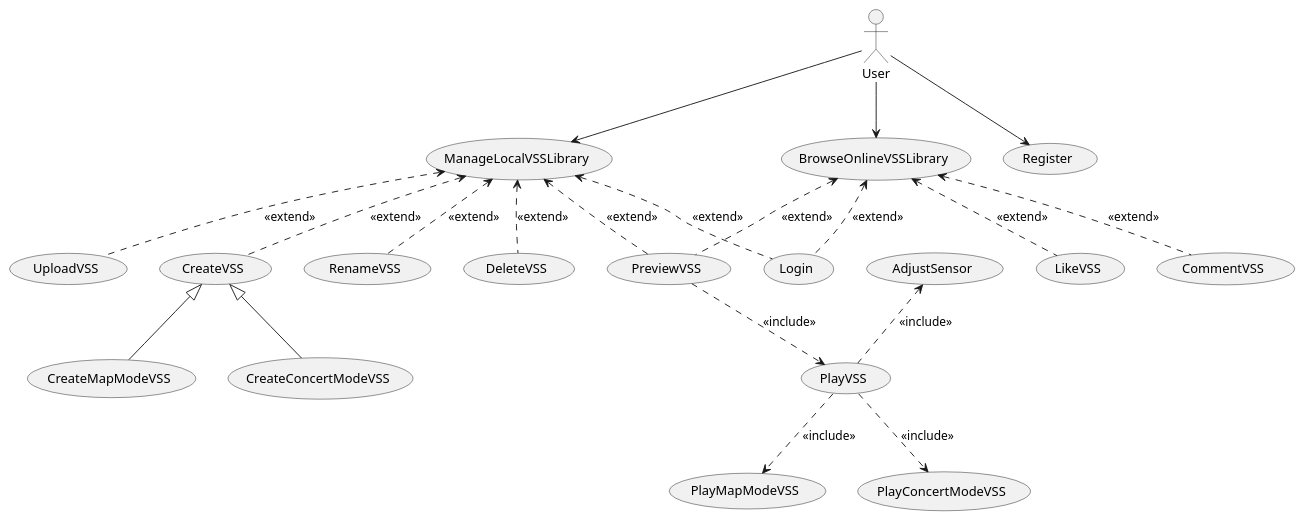
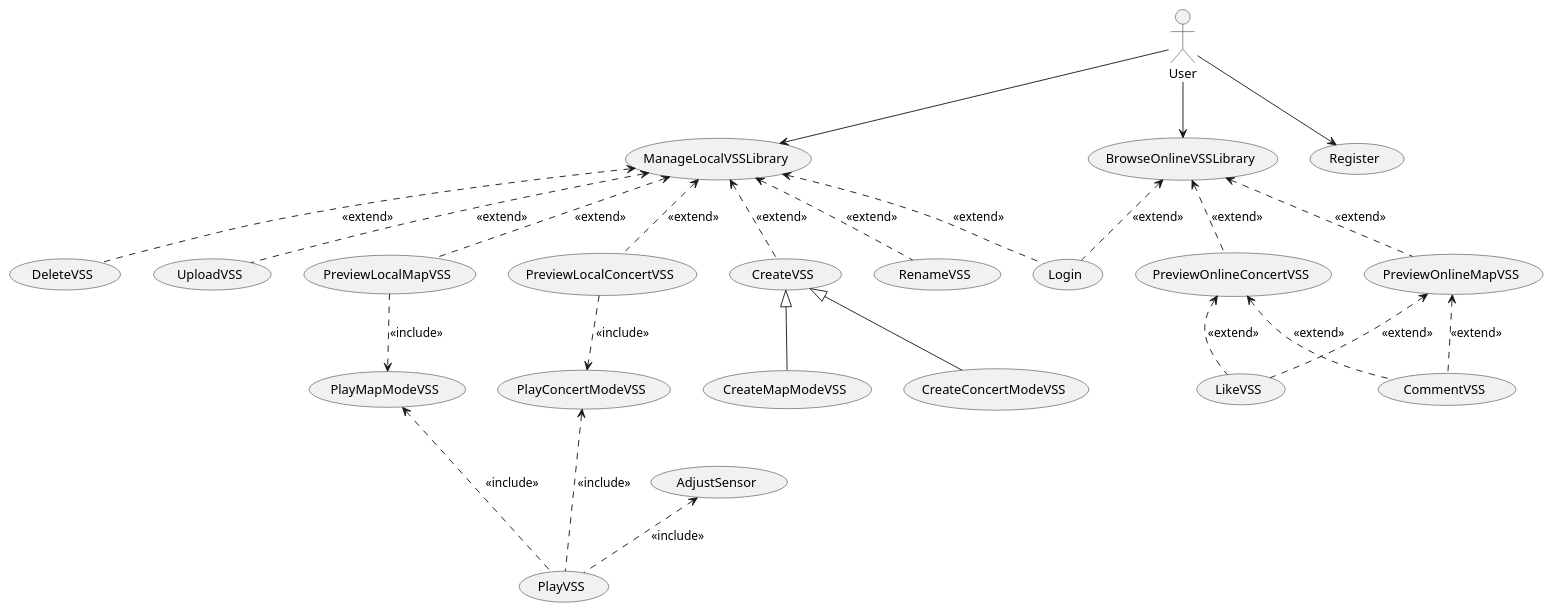
One commit to kpp19920121/doc changed the first of 5 diagrams in 需求定义和分析/软件需求规约.md. Above: the diagram before and after it, drawn with PlantUML. The commit also changed other lines of this file, not shown here.

Commit message:
分成了四块（图片还没做，现在正在做，若干分钟后再po一次）

````diff
--- a/需求定义和分析/软件需求规约.md
+++ b/需求定义和分析/软件需求规约.md
@@ -232,29 +238,38 @@
 ```PlantUML
 @startuml
 (ManageLocalVSSLibrary) <.. (Login): <<extend>>
 (BrowseOnlineVSSLibrary) <.. (Login): <<extend>>
 
 User --> (Register)
 User --> (ManageLocalVSSLibrary)
 User --> (BrowseOnlineVSSLibrary)
 
 (ManageLocalVSSLibrary) <.. (CreateVSS): <<extend>>
 (CreateVSS) <|-- (CreateMapModeVSS)
 (CreateVSS) <|-- (CreateConcertModeVSS)
 (ManageLocalVSSLibrary) <.. (RenameVSS): <<extend>>
 (ManageLocalVSSLibrary) <.. (DeleteVSS): <<extend>>
 (ManageLocalVSSLibrary) <.. (UploadVSS): <<extend>>
-(BrowseOnlineVSSLibrary) <.. (LikeVSS): <<extend>>
-(PlayVSS) ..> (PlayMapModeVSS): <<include>>
-(PlayVSS) ..> (PlayConcertModeVSS): <<include>>
-(BrowseOnlineVSSLibrary) <.. (CommentVSS): <<extend>>
+
+(PreviewOnlineMapVSS) <.. (LikeVSS): <<extend>>
+(PreviewOnlineMapVSS) <.. (CommentVSS): <<extend>>
+
+(PreviewOnlineConcertVSS) <.. (LikeVSS): <<extend>>
+(PreviewOnlineConcertVSS) <.. (CommentVSS): <<extend>>
+
+(PlayVSS) .-up.> (PlayMapModeVSS): <<include>>
+(PlayVSS) .-up.> (PlayConcertModeVSS): <<include>>
 
 (AdjustSensor) <.. (PlayVSS): <<include>>
 
-(ManageLocalVSSLibrary) <.. (PreviewVSS): <<extend>>
-(BrowseOnlineVSSLibrary) <.. (PreviewVSS): <<extend>>
+(ManageLocalVSSLibrary) <.. (PreviewLocalMapVSS): <<extend>>
+(ManageLocalVSSLibrary) <.. (PreviewLocalConcertVSS): <<extend>>
 
-(PreviewVSS) ..> (PlayVSS): <<include>>
+(BrowseOnlineVSSLibrary) <.. (PreviewOnlineMapVSS): <<extend>>
+(BrowseOnlineVSSLibrary) <.. (PreviewOnlineConcertVSS): <<extend>>
+
+(PreviewLocalMapVSS) ..> (PlayMapModeVSS): <<include>>
+(PreviewLocalConcertVSS) ..> (PlayConcertModeVSS): <<include>>
 
 @enduml
 ```
````
